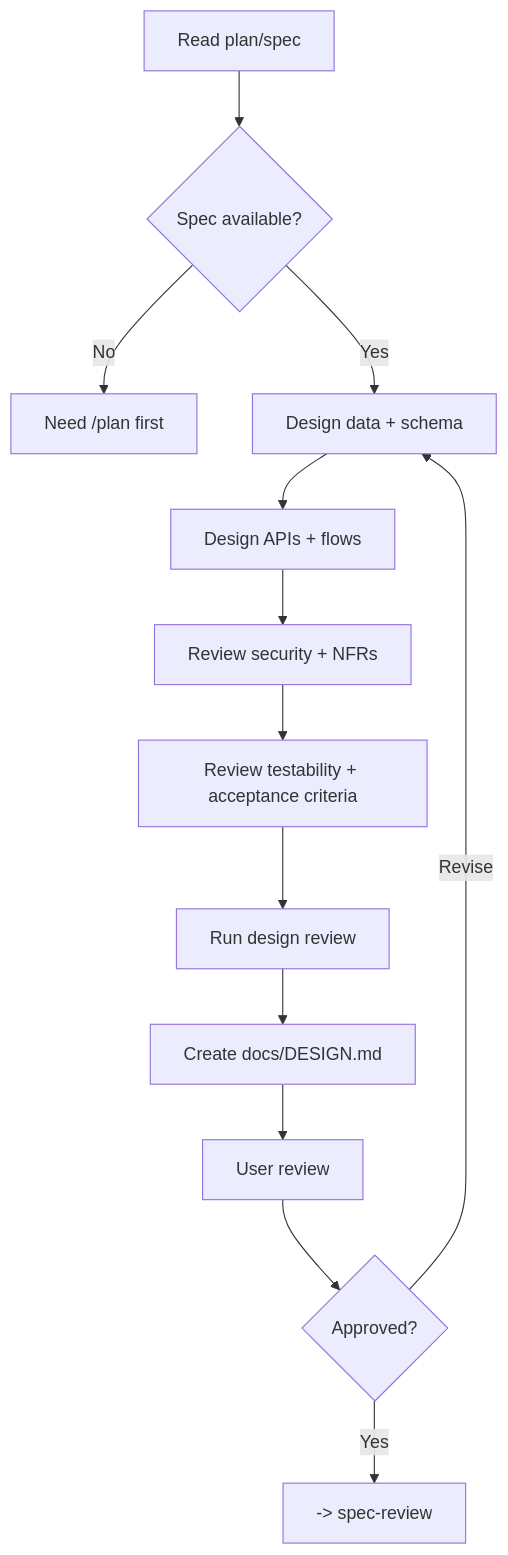
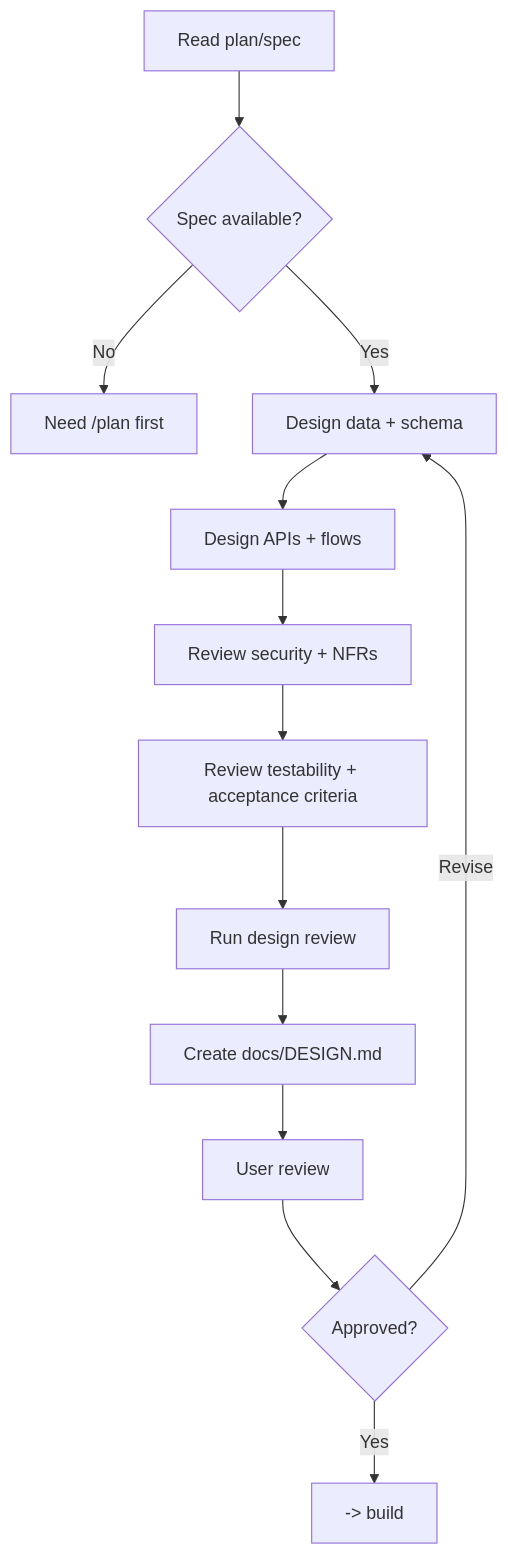
One commit to nguyenphat57/forge changed the diagram in packages/forge-core/workflows/design/architect.md. Above: the diagram before and after it, drawn with Mermaid. The commit also changed other lines of this file and 50 other files, not shown here.

````diff
--- a/packages/forge-core/workflows/design/architect.md
+++ b/packages/forge-core/workflows/design/architect.md
@@ -36,15 +36,15 @@
 ```mermaid
 flowchart TD
     A[Read plan/spec] --> B{Spec available?}
     B -->|No| C[Need /plan first]
     B -->|Yes| D[Design data + schema]
     D --> E[Design APIs + flows]
     E --> F[Review security + NFRs]
     F --> G[Review testability + acceptance criteria]
     G --> H[Run design review]
     H --> I[Create docs/DESIGN.md]
     I --> J[User review]
     J --> K{Approved?}
     K -->|Revise| D
-    K -->|Yes| L[-> spec-review]
+    K -->|Yes| L[-> build]
 ```
````
